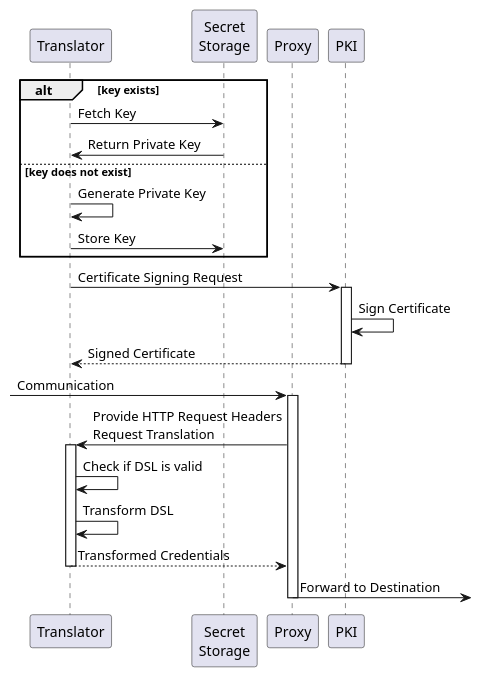
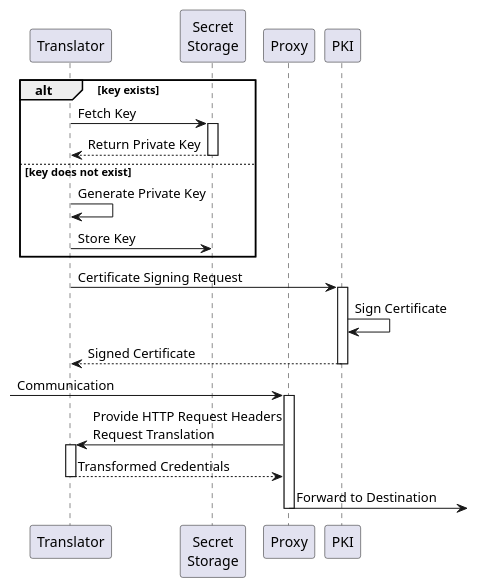
The diagram in diagrams/sequences/pki-process.puml (buehler/mse-project-thesis-1), drawn with PlantUML before and after one commit. The commit also changed 5 other files, not shown here.

Commit message:
add sequences

```diff
--- a/diagrams/sequences/pki-process.puml
+++ b/diagrams/sequences/pki-process.puml
@@ -1,31 +1,30 @@
 @startuml
 
 participant "Translator" as t
 participant "Secret\nStorage" as sec
 participant "Proxy" as p
 participant "PKI" as k
 
 alt key exists
     t -> sec : Fetch Key
-    t <- sec : Return Private Key
+    activate sec
+    return Return Private Key
 else key does not exist
     t -> t : Generate Private Key
     t -> sec : Store Key
 end
 
 t -> k : Certificate Signing Request
 activate k
     k -> k : Sign Certificate
 return Signed Certificate
 
 [-> p : Communication
 activate p
     p -> t : Provide HTTP Request Headers\nRequest Translation
     activate t
-        t -> t : Check if DSL is valid
-        t -> t : Transform DSL
     return Transformed Credentials
     p ->] : Forward to Destination
 deactivate p
 
 @enduml
```
